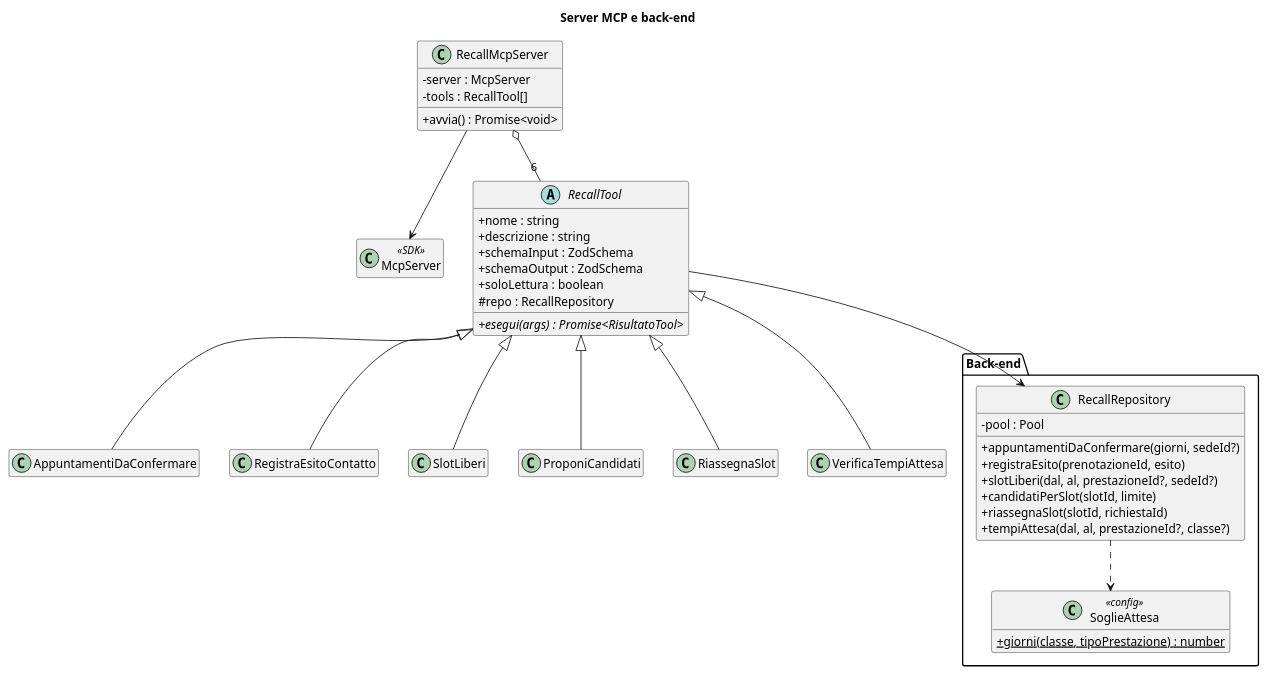
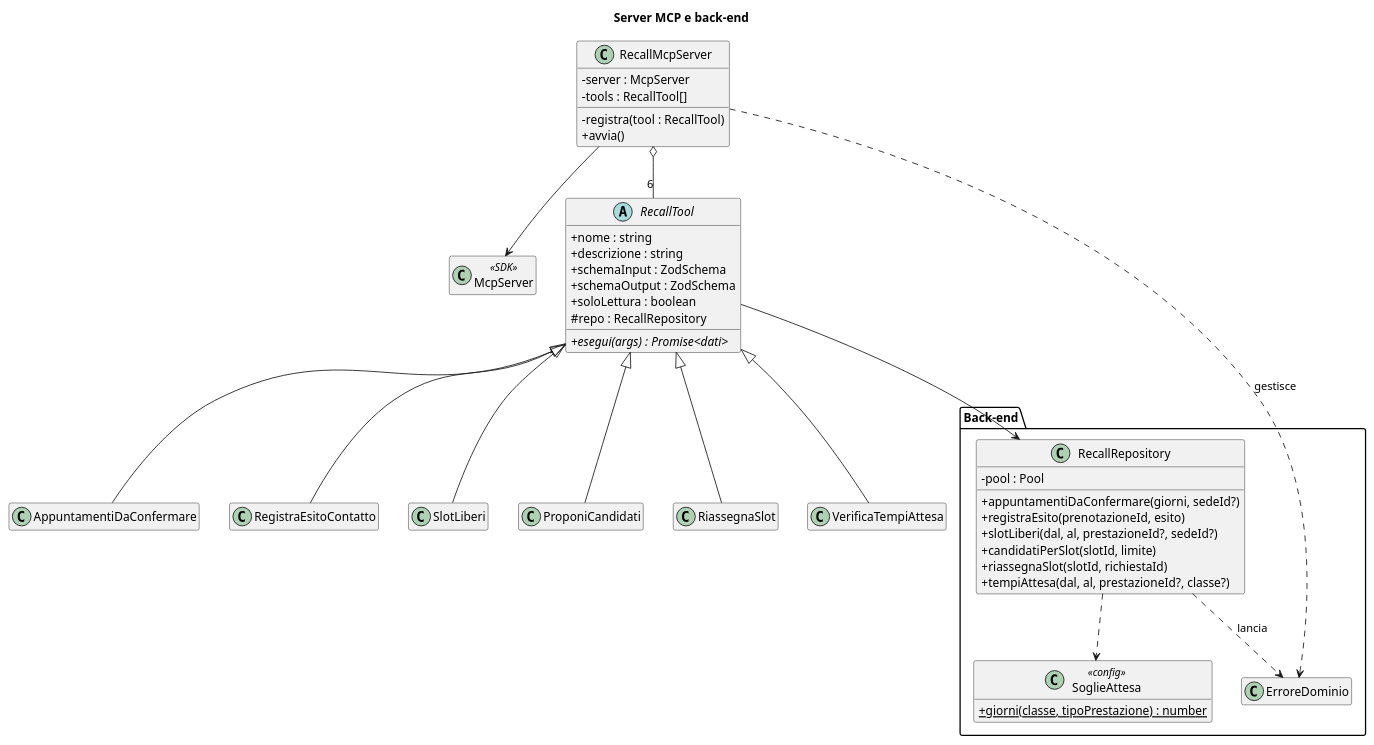
The diagram in docs/diagrammi/classi-server.puml (LeoDS99/pw26-agente-recall), drawn with PlantUML before and after one commit. The commit also changed 4 other files, not shown here.

Commit message:
Server MCP: classe base RecallTool, tool proponi_candidati, RecallMcpServer su stdio; diagramma allineato

```diff
--- a/docs/diagrammi/classi-server.puml
+++ b/docs/diagrammi/classi-server.puml
@@ -1,57 +1,62 @@
 @startuml classi-server
 skinparam classAttributeIconSize 0
 hide empty members
 title Server MCP e back-end
 
 class McpServer <<SDK>>
 
 class RecallMcpServer {
   - server : McpServer
   - tools : RecallTool[]
-  + avvia() : Promise<void>
+  - registra(tool : RecallTool)
+  + avvia()
 }
 
 abstract class RecallTool {
   + nome : string
   + descrizione : string
   + schemaInput : ZodSchema
   + schemaOutput : ZodSchema
   + soloLettura : boolean
   # repo : RecallRepository
-  + {abstract} esegui(args) : Promise<RisultatoTool>
+  + {abstract} esegui(args) : Promise<dati>
 }
 
 class AppuntamentiDaConfermare
 class RegistraEsitoContatto
 class SlotLiberi
 class ProponiCandidati
 class RiassegnaSlot
 class VerificaTempiAttesa
 
 package "Back-end" {
   class RecallRepository {
     - pool : Pool
     + appuntamentiDaConfermare(giorni, sedeId?)
     + registraEsito(prenotazioneId, esito)
     + slotLiberi(dal, al, prestazioneId?, sedeId?)
     + candidatiPerSlot(slotId, limite)
     + riassegnaSlot(slotId, richiestaId)
     + tempiAttesa(dal, al, prestazioneId?, classe?)
   }
 
   class SoglieAttesa <<config>> {
     + {static} giorni(classe, tipoPrestazione) : number
   }
+
+  class ErroreDominio
 }
 
 RecallMcpServer --> McpServer
 RecallMcpServer o-- "6" RecallTool
 RecallTool <|-- AppuntamentiDaConfermare
 RecallTool <|-- RegistraEsitoContatto
 RecallTool <|-- SlotLiberi
 RecallTool <|-- ProponiCandidati
 RecallTool <|-- RiassegnaSlot
 RecallTool <|-- VerificaTempiAttesa
 RecallTool --> RecallRepository
 RecallRepository ..> SoglieAttesa
+RecallRepository ..> ErroreDominio : lancia
+RecallMcpServer ..> ErroreDominio : gestisce
 @enduml
```
